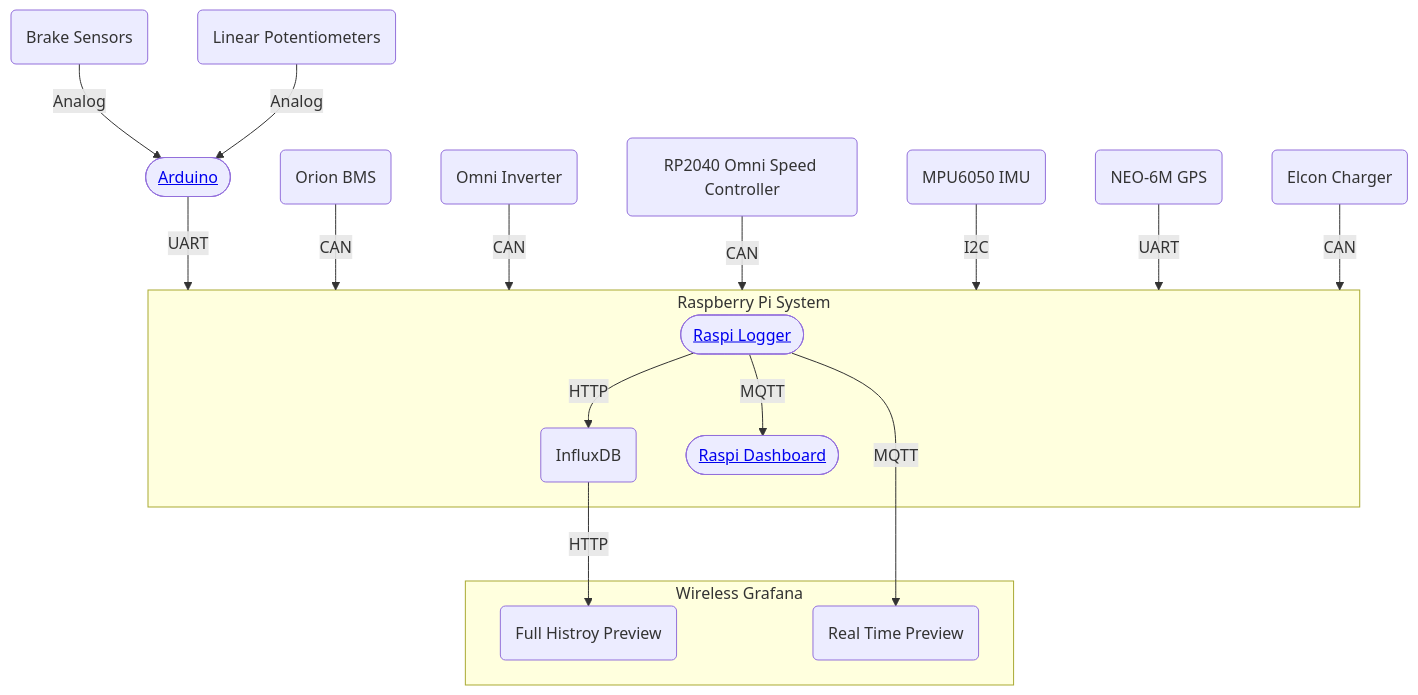
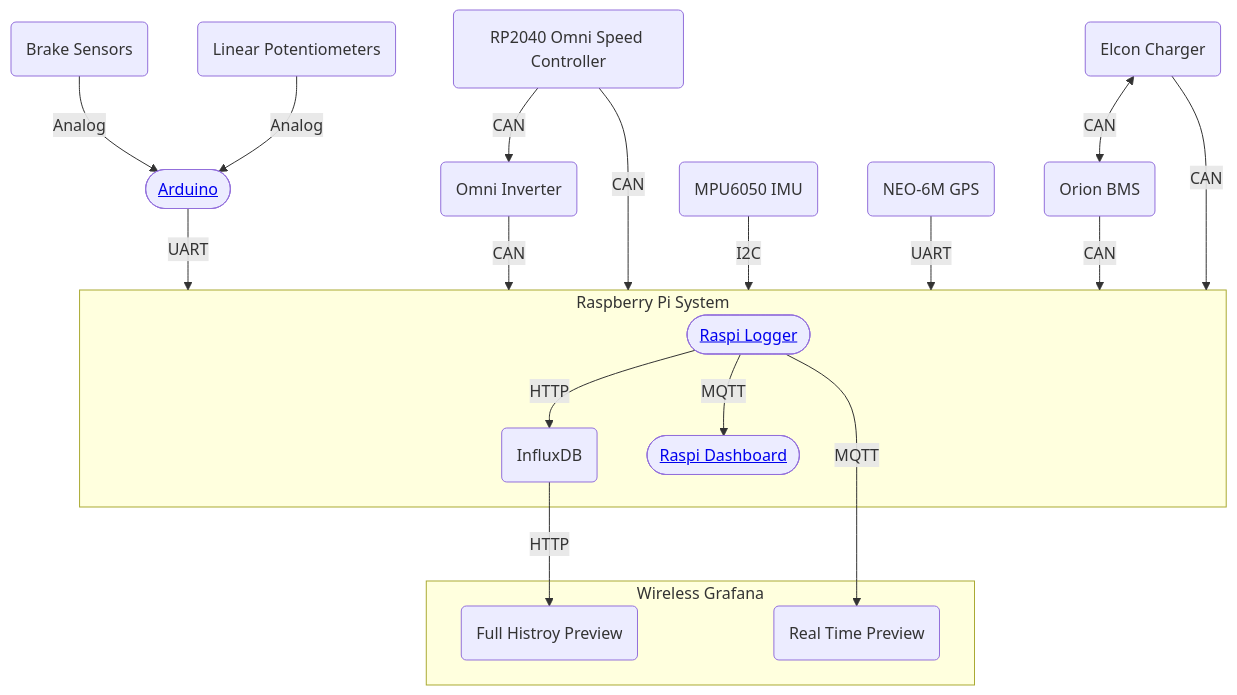
One commit to Anteater-Electric-Racing/embedded changed the diagram in README.md. Above: the diagram before and after it, drawn with Mermaid.

Commit message:
add internal CAN links

````diff
--- a/README.md
+++ b/README.md
@@ -3,20 +3,22 @@
 ```mermaid
 flowchart TD
     B(Brake Sensors) -->|Analog| A(["<a href='https://github.com/AlistairKeiller/FSAE/tree/master/fsae-arduino' target='_blank'>Arduino</a>"])
     L(Linear Potentiometers) -->|Analog| A
     A -->|UART| Pi
     O(Orion BMS) -->|CAN| Pi
-    K(Omni Inverter) -->|CAN| Pi
+    OI(Omni Inverter) -->|CAN| Pi
     SC(RP2040 Omni Speed Controller) -->|CAN| Pi
     IMU(MPU6050 IMU) -->|I2C| Pi
     GPS(NEO-6M GPS) -->|UART| Pi
     IMS(Elcon Charger) -->|CAN| Pi
+    IMS(Elcon Charger) <-->|CAN| O
+    SC(RP2040 Omni Speed Controller) -->|CAN| OI
     subgraph Pi[Raspberry Pi System]
         R(["<a href='https://github.com/AlistairKeiller/FSAE/tree/master/fsae-raspi' target='_blank'>Raspi Logger</a>"]) -->|HTTP| I(InfluxDB)
         R -->|MQTT| D(["<a href='https://github.com/AlistairKeiller/FSAE/tree/master/fsae-dashboard' target='_blank'>Raspi Dashboard</a>"])
     end
     subgraph Graphana[Wireless Grafana]
         I -->|HTTP| F(Full Histroy Preview)
         R -->|MQTT| P(Real Time Preview)
     end
 ```
````
